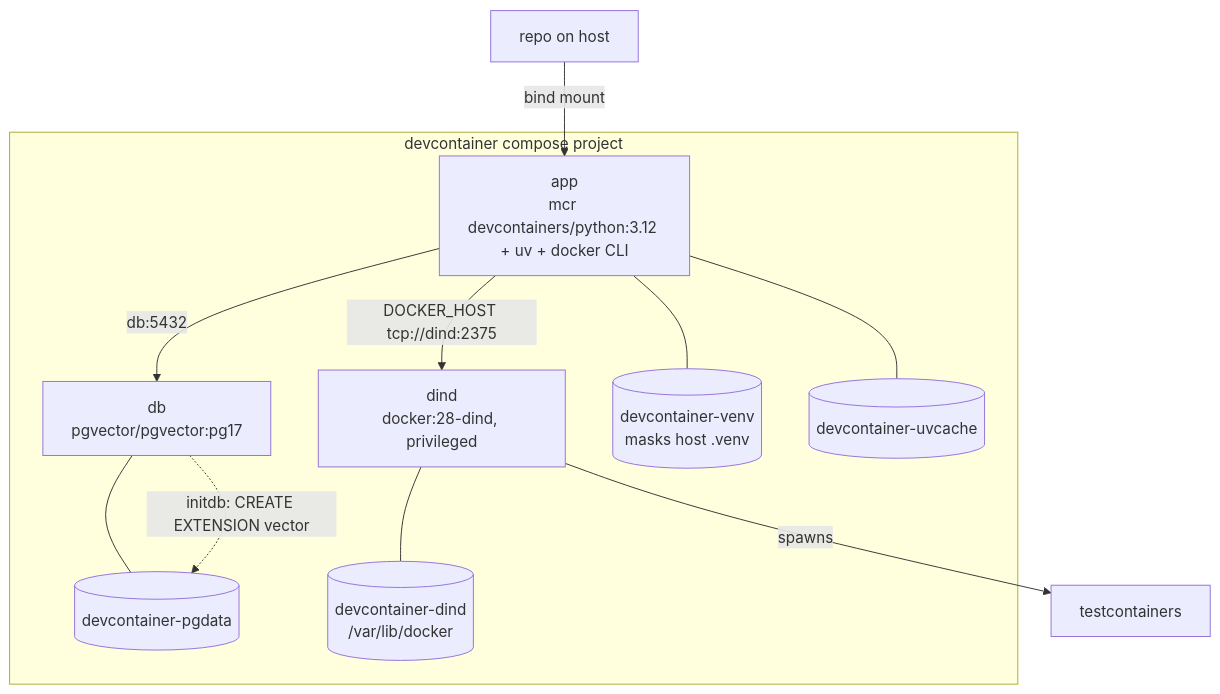
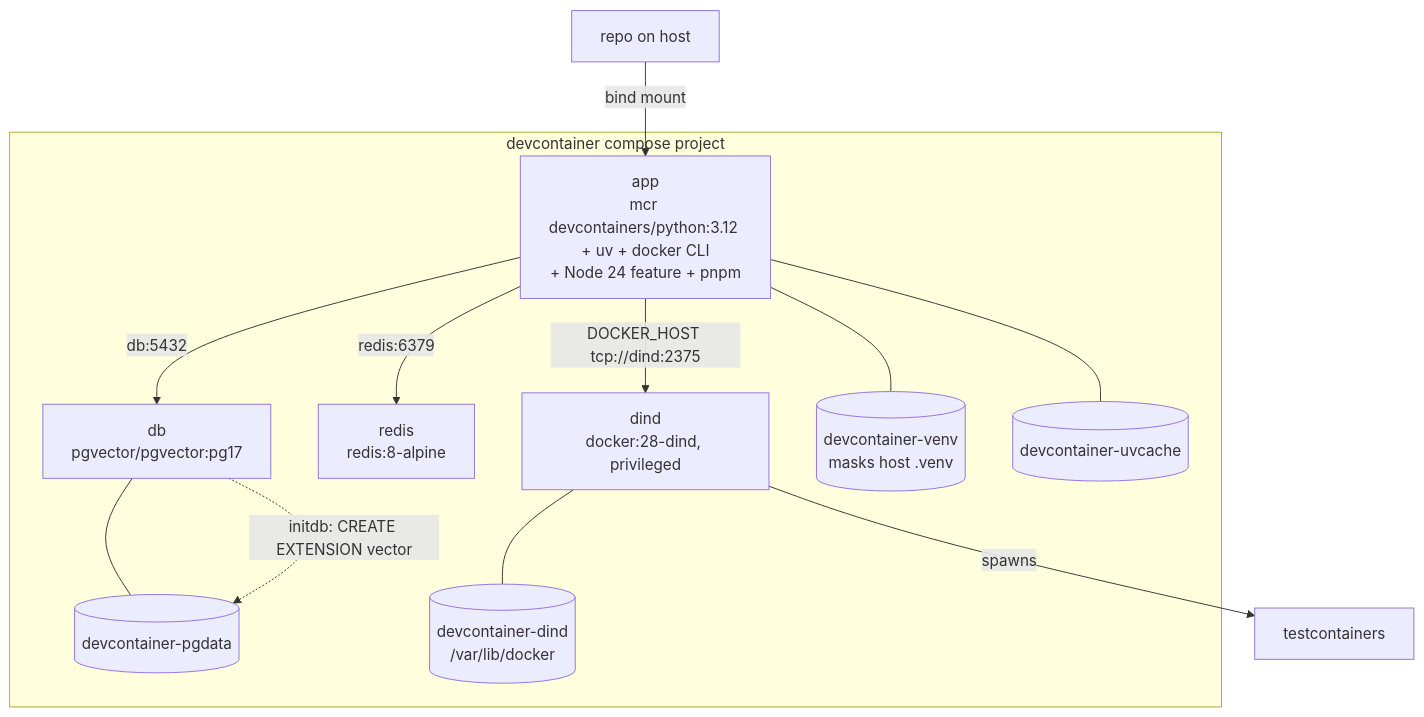
The first of 4 diagrams in docs/devcontainer.md (mac-lisowski/project-taipan), drawn with Mermaid before and after one commit. The commit also changed other lines of this file and 42 other files, not shown here.

Commit message:
feat: web app init, devcontainer update, redis init in docker compose

````diff
--- a/docs/devcontainer.md
+++ b/docs/devcontainer.md
@@ -9,21 +9,23 @@
 ```mermaid
 graph TD
   subgraph devcontainer compose project
-    A[app<br>mcr devcontainers/python:3.12 + uv + docker CLI]
+    A[app<br>mcr devcontainers/python:3.12 + uv + docker CLI<br>+ Node 24 feature + pnpm]
     B[db<br>pgvector/pgvector:pg17]
+    E[redis<br>redis:8-alpine]
     D[dind<br>docker:28-dind, privileged]
     V1[(devcontainer-venv<br>masks host .venv)]
     V2[(devcontainer-pgdata)]
     V3[(devcontainer-uvcache)]
     V4[(devcontainer-dind<br>/var/lib/docker)]
   end
   R[repo on host] -->|bind mount| A
   A -->|db:5432| B
+  A -->|redis:6379| E
   A -->|DOCKER_HOST tcp://dind:2375| D
   D -->|spawns| T[testcontainers]
   A --- V1
   A --- V3
   B --- V2
   D --- V4
   B -.->|initdb: CREATE EXTENSION vector| V2
 ```
````
